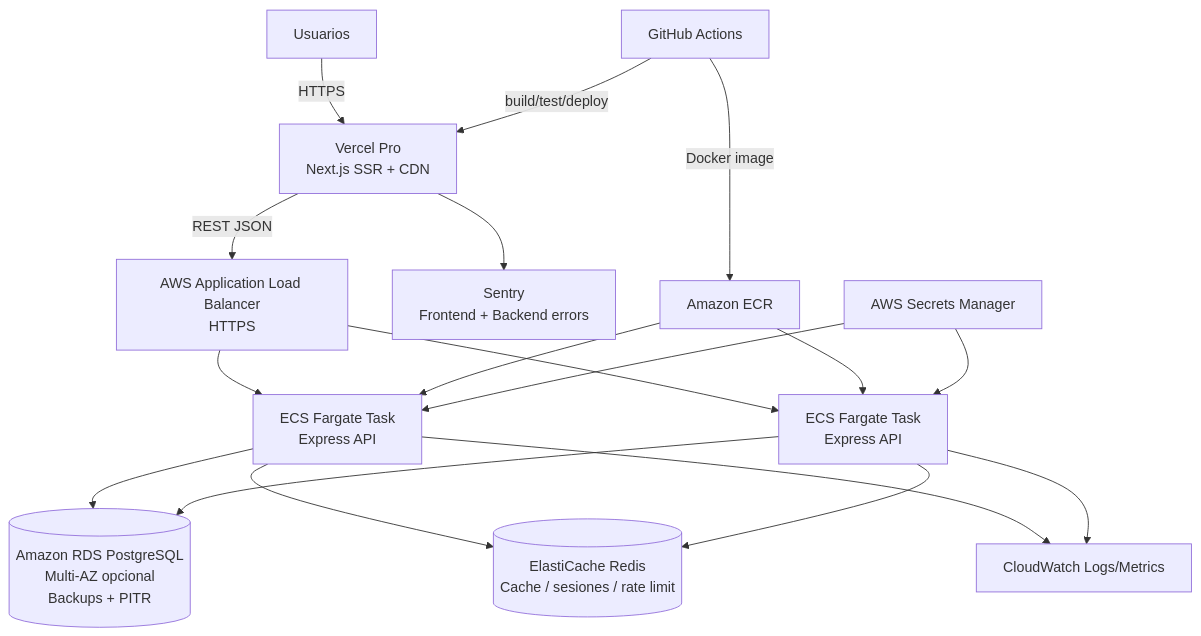
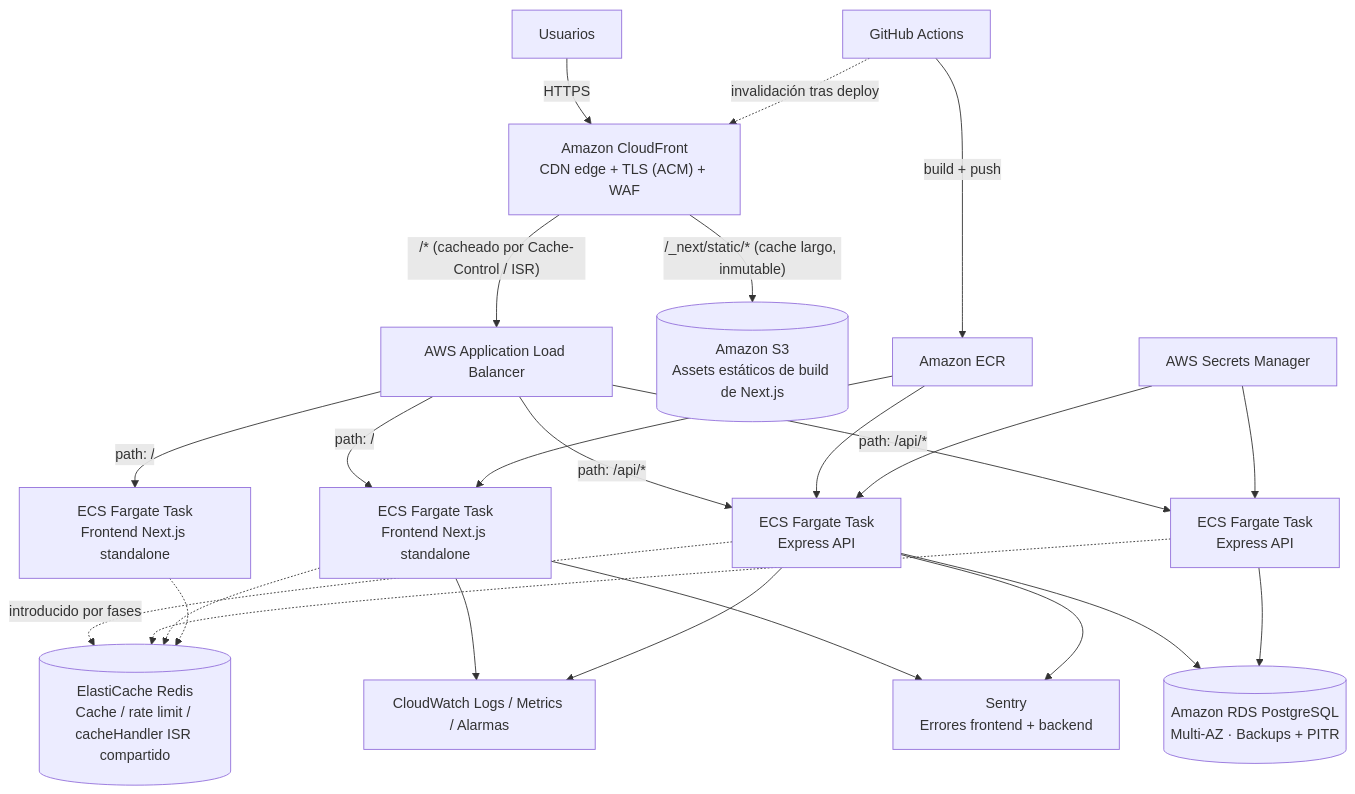
Before and after one commit to LIDR-academy/AI4Devs-finalproject: the second of 3 diagrams in docs/INFRASTRUCTURE.md, drawn with Mermaid. The commit also changed other lines of this file and 4 other files, not shown here.

````diff
--- a/docs/INFRASTRUCTURE.md
+++ b/docs/INFRASTRUCTURE.md
@@ -371,26 +224,33 @@
 ```mermaid
 flowchart TB
-    U["Usuarios"] -->|"HTTPS"| VFE["Vercel Pro\nNext.js SSR + CDN"]
+    U["Usuarios"] -->|"HTTPS"| CF["Amazon CloudFront\nCDN edge + TLS (ACM) + WAF"]
 
-    VFE -->|"REST JSON"| ALB["AWS Application Load Balancer\nHTTPS"]
-    ALB --> API1["ECS Fargate Task\nExpress API"]
-    ALB --> API2["ECS Fargate Task\nExpress API"]
+    CF -->|"/* (cacheado por Cache-Control / ISR)"| ALB["AWS Application Load Balancer"]
+    CF -->|"/_next/static/* (cache largo, inmutable)"| S3STATIC[("Amazon S3\nAssets estáticos de build de Next.js")]
 
-    API1 --> RDS[("Amazon RDS PostgreSQL\nMulti-AZ opcional\nBackups + PITR")]
+    ALB -->|"path: /"| FE1["ECS Fargate Task\nFrontend Next.js standalone"]
+    ALB -->|"path: /"| FE2["ECS Fargate Task\nFrontend Next.js standalone"]
+    ALB -->|"path: /api/*"| API1["ECS Fargate Task\nExpress API"]
+    ALB -->|"path: /api/*"| API2["ECS Fargate Task\nExpress API"]
+
+    API1 --> RDS[("Amazon RDS PostgreSQL\nMulti-AZ · Backups + PITR")]
     API2 --> RDS
 
-    API1 --> REDIS[("ElastiCache Redis\nCache / sesiones / rate limit")]
-    API2 --> REDIS
+    API1 -.->|"introducido por fases"| REDIS[("ElastiCache Redis\nCache / rate limit / cacheHandler ISR compartido")]
+    API2 -.-> REDIS
+    FE1 -.-> REDIS
+    FE2 -.-> REDIS
 
-    API1 --> CW["CloudWatch Logs/Metrics"]
-    API2 --> CW
-    VFE --> SENTRY["Sentry\nFrontend + Backend errors"]
+    FE1 --> CW["CloudWatch Logs / Metrics / Alarmas"]
+    API1 --> CW
+    FE1 --> SENTRY["Sentry\nErrores frontend + backend"]
+    API1 --> SENTRY
 
-    GH["GitHub Actions"] -->|"build/test/deploy"| VFE
-    GH -->|"Docker image"| ECR["Amazon ECR"]
+    GH["GitHub Actions"] -->|"build + push"| ECR["Amazon ECR"]
+    ECR --> FE1
     ECR --> API1
-    ECR --> API2
+    GH -.->|"invalidación tras deploy"| CF
 
     SM["AWS Secrets Manager"] --> API1
     SM --> API2
 ```
````
